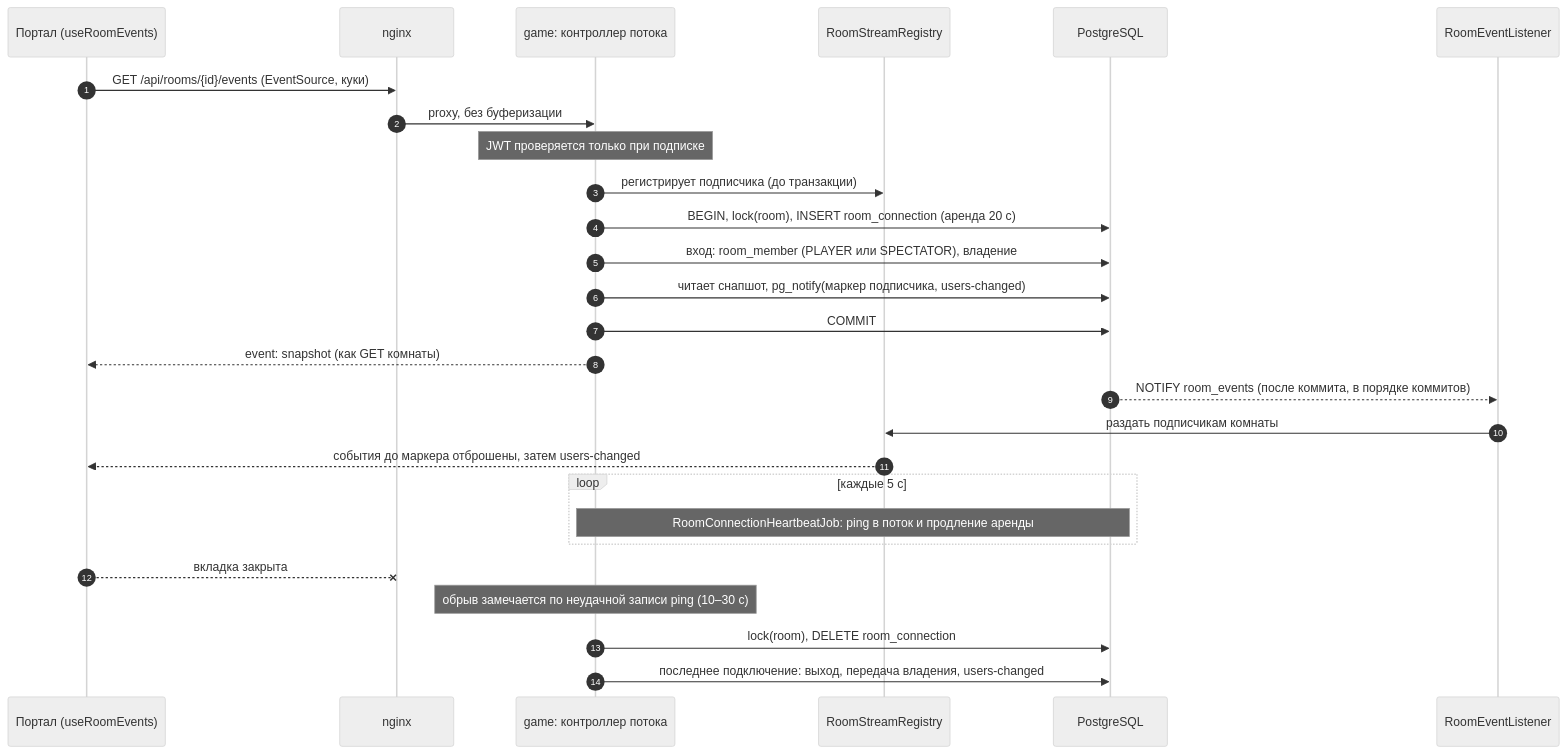
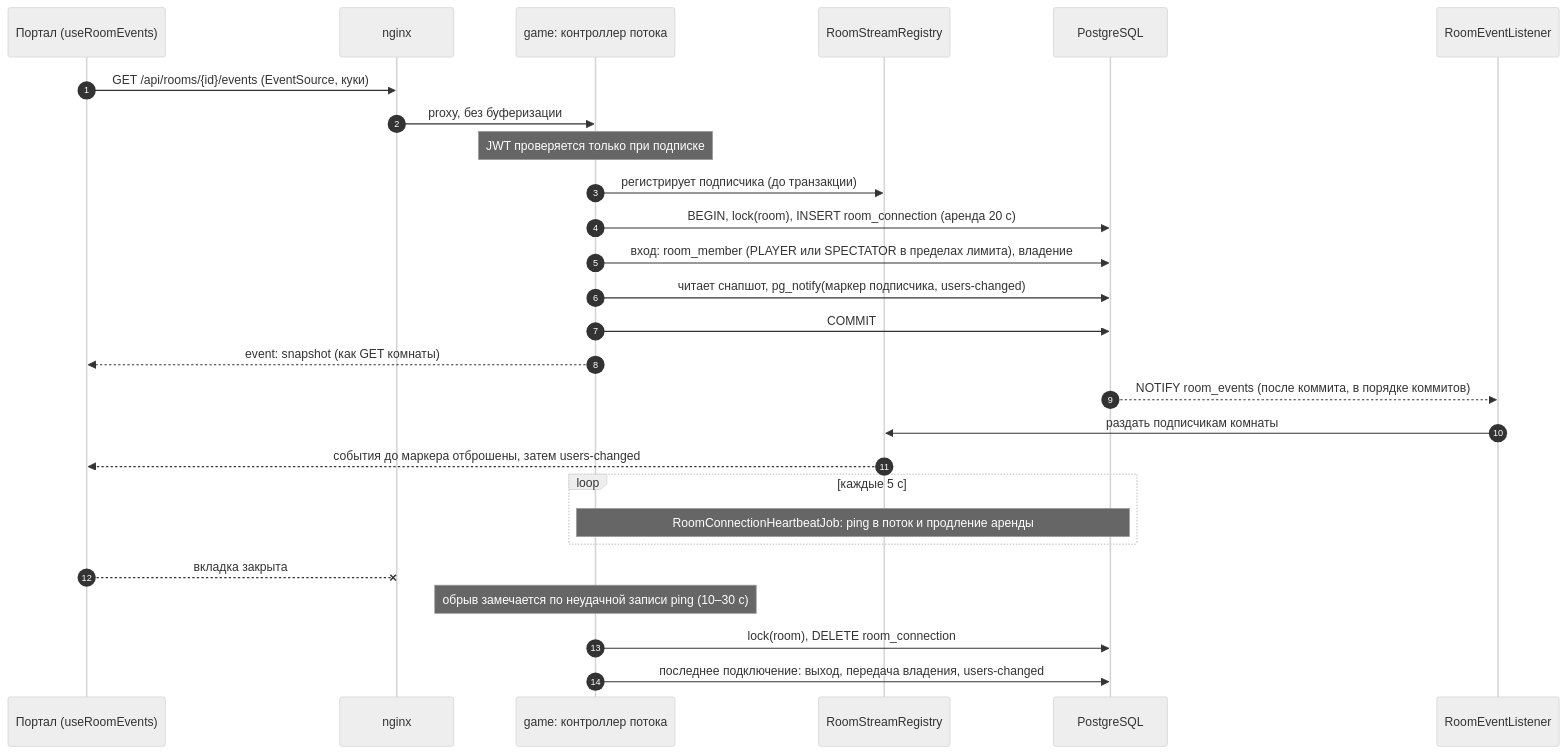
Before and after one commit to qwe3qwe3lott/qgames-workspace: the diagram in adr/c4/dynamic/room-stream.md, drawn with Mermaid (neutral theme). The commit also changed other lines of this file and 12 other files, not shown here.

````diff
--- a/adr/c4/dynamic/room-stream.md
+++ b/adr/c4/dynamic/room-stream.md
@@ -5,30 +5,30 @@
 ```mermaid
 sequenceDiagram
   autonumber
   participant SPA as Портал (useRoomEvents)
   participant N as nginx
   participant C as game: контроллер потока
   participant R as RoomStreamRegistry
   participant DB as PostgreSQL
   participant L as RoomEventListener
 
   SPA->>N: GET /api/rooms/{id}/events (EventSource, куки)
   N->>C: proxy, без буферизации
   Note over C: JWT проверяется только при подписке
   C->>R: регистрирует подписчика (до транзакции)
   C->>DB: BEGIN, lock(room), INSERT room_connection (аренда 20 с)
-  C->>DB: вход: room_member (PLAYER или SPECTATOR), владение
+  C->>DB: вход: room_member (PLAYER или SPECTATOR в пределах лимита), владение
   C->>DB: читает снапшот, pg_notify(маркер подписчика, users-changed)
   C->>DB: COMMIT
   C-->>SPA: event: snapshot (как GET комнаты)
   DB-->>L: NOTIFY room_events (после коммита, в порядке коммитов)
   L->>R: раздать подписчикам комнаты
   R-->>SPA: события до маркера отброшены, затем users-changed
   loop каждые 5 с
     Note over C,DB: RoomConnectionHeartbeatJob: ping в поток и продление аренды
   end
   SPA--xN: вкладка закрыта
   Note over C: обрыв замечается по неудачной записи ping (10–30 с)
   C->>DB: lock(room), DELETE room_connection
   C->>DB: последнее подключение: выход, передача владения, users-changed
 ```
````
